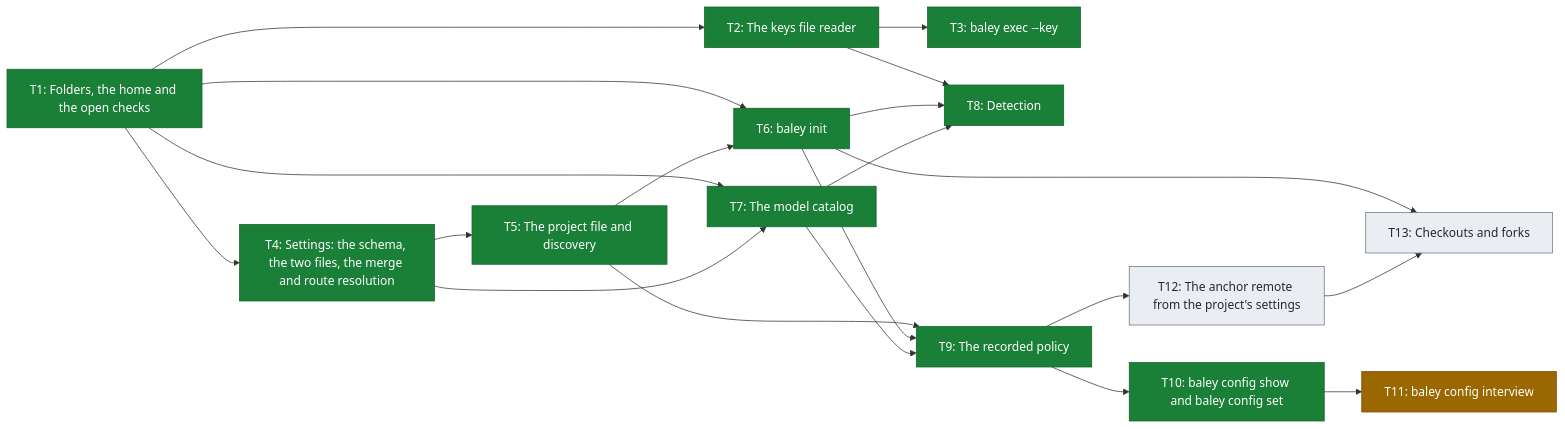
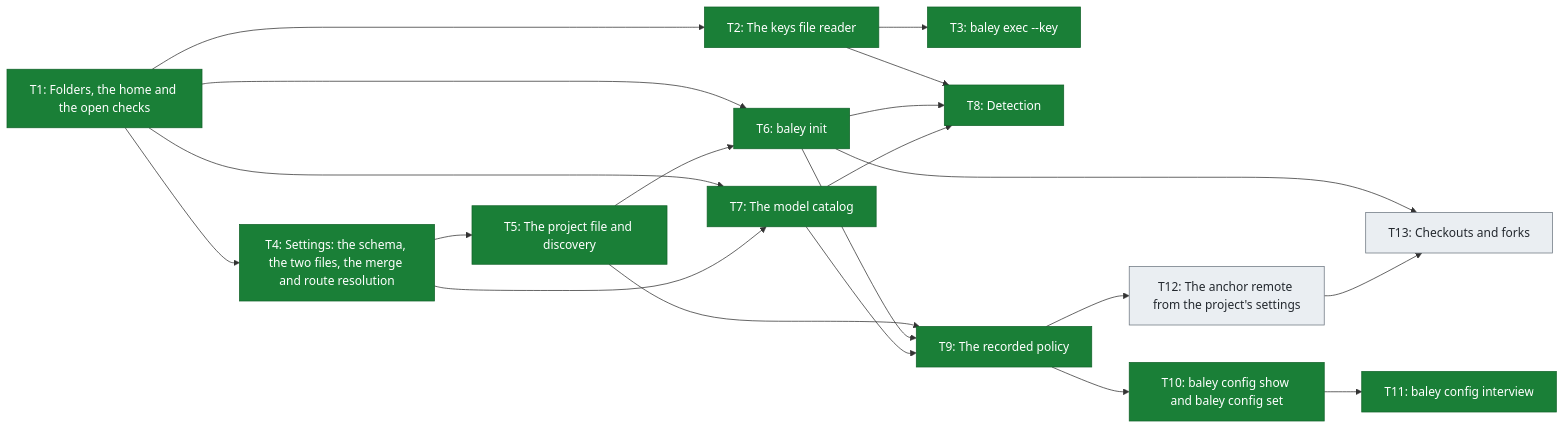
The third of 3 diagrams in docs/roadmap.md (crenshawdev/baley), drawn with Mermaid before and after one commit. The commit also changed other lines of this file, not shown here.

Commit message:
docs(roadmap): mark build 2 t11 merged
T11's pull request is #171, so its row links it and reads merged, which
merging that pull request makes true. Figure 3 moves T11 to done and the
status line counts T1 to T11 as of the main this branch sits on.

````diff
--- a/docs/roadmap.md
+++ b/docs/roadmap.md
@@ -100,43 +100,41 @@
 ```mermaid
 flowchart LR
     T1["T1: Folders, the home and the open checks"]
     T2["T2: The keys file reader"]
     T3["T3: baley exec --key"]
     T4["T4: Settings: the schema, the two files, the merge and route resolution"]
     T5["T5: The project file and discovery"]
     T6["T6: baley init"]
     T7["T7: The model catalog"]
     T8["T8: Detection"]
     T9["T9: The recorded policy"]
     T10["T10: baley config show and baley config set"]
     T11["T11: baley config interview"]
     T12["T12: The anchor remote from the project's settings"]
     T13["T13: Checkouts and forks"]
 
     T1 --> T2
     T1 --> T4
     T1 --> T6
     T1 --> T7
     T2 --> T3
     T2 --> T8
     T4 --> T5
     T4 --> T7
     T5 --> T6
     T5 --> T9
     T6 --> T8
     T6 --> T9
     T6 --> T13
     T7 --> T8
     T7 --> T9
     T9 --> T10
     T9 --> T12
     T10 --> T11
     T12 --> T13
 
     classDef done fill:#1a7f37,stroke:#116329,color:#ffffff
-    classDef progress fill:#9a6700,stroke:#7d4e00,color:#ffffff
     classDef planned fill:#eaeef2,stroke:#6e7781,color:#24292f
-    class T1,T2,T3,T4,T5,T6,T7,T8,T9,T10 done
-    class T11 progress
+    class T1,T2,T3,T4,T5,T6,T7,T8,T9,T10,T11 done
     class T12,T13 planned
 ```
````
